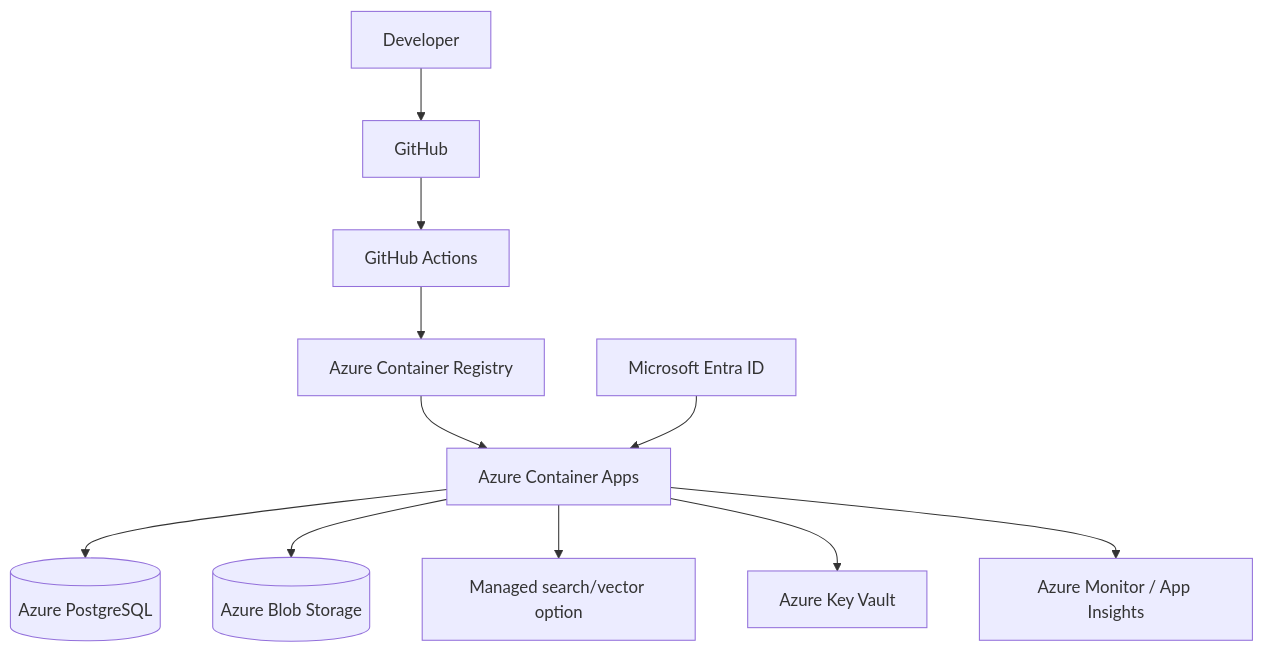
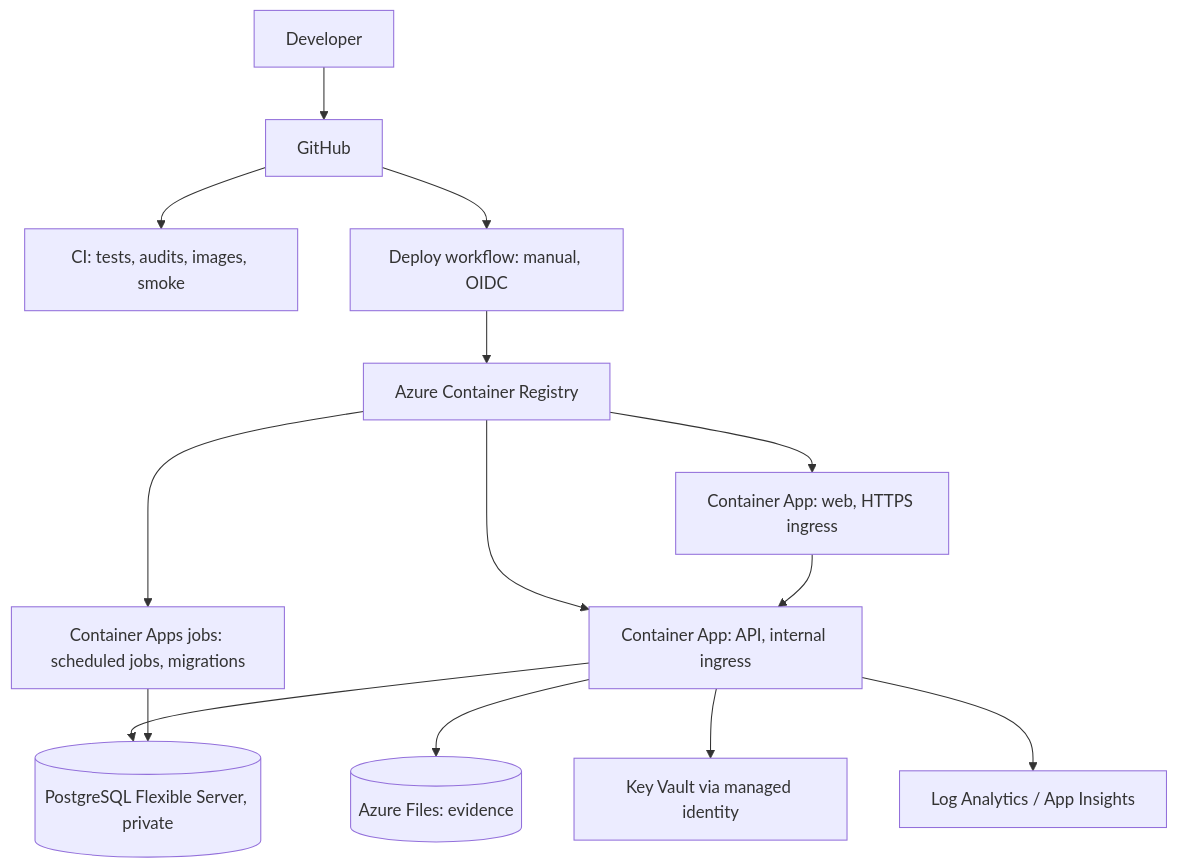
The diagram in docs/DEPLOYMENT.md (sricharansk/SITEGUARD-AI), drawn with Mermaid before and after one commit. The commit also changed other lines of this file and 7 other files, not shown here.

````diff
--- a/docs/DEPLOYMENT.md
+++ b/docs/DEPLOYMENT.md
@@ -8,13 +12,16 @@
 ```mermaid
 flowchart TD
     DEV[Developer] --> GH[GitHub]
-    GH --> CI[GitHub Actions]
-    CI --> REG[Azure Container Registry]
-    REG --> APP[Azure Container Apps]
-    APP --> PG[(Azure PostgreSQL)]
-    APP --> BLOB[(Azure Blob Storage)]
-    APP --> SEARCH[Managed search/vector option]
-    APP --> KV[Azure Key Vault]
-    APP --> MON[Azure Monitor / App Insights]
-    ID[Microsoft Entra ID] --> APP
+    GH --> CI[CI: tests, audits, images, smoke]
+    GH --> DEP[Deploy workflow: manual, OIDC]
+    DEP --> REG[Azure Container Registry]
+    REG --> WEB[Container App: web, HTTPS ingress]
+    REG --> API[Container App: API, internal ingress]
+    REG --> JOBS[Container Apps jobs: scheduled jobs, migrations]
+    WEB --> API
+    API --> PG[(PostgreSQL Flexible Server, private)]
+    JOBS --> PG
+    API --> FILES[(Azure Files: evidence)]
+    API --> KV[Key Vault via managed identity]
+    API --> LOGS[Log Analytics / App Insights]
 ```
````
